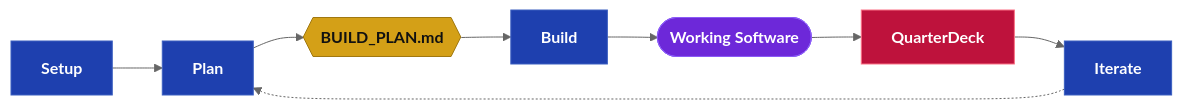
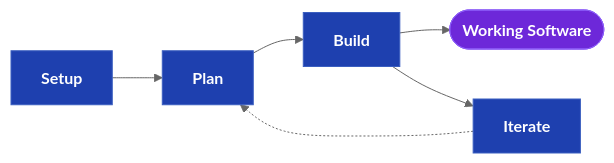
One commit to webcloudstudio/Drydock changed the first of 10 diagrams in docs/Drydock_Specification.md. Above: the diagram before and after it, drawn with Mermaid (neutral theme).

Commit message:
Simplify overview flowchart to four lifecycle phases
Remove BUILD_PLAN.md and QuarterDeck intermediate nodes from the top-level
overview chart. The chart now reads Setup → Plan → Build → Iterate with
Working Software as a direct output of Build and a dotted return from Iterate
to Plan.

````diff
--- a/docs/Drydock_Specification.md
+++ b/docs/Drydock_Specification.md
@@ -67,17 +67,15 @@
 ```mermaid
 flowchart LR
   classDef dir    fill:#0a5c38,stroke:#2cb67d,color:#fff,font-weight:bold
   classDef md     fill:#d4a017,stroke:#a07810,color:#111,font-weight:bold
   classDef script fill:#1e40af,stroke:#3b5fc0,color:#fff,font-weight:bold
   classDef prompt fill:#c2410c,stroke:#ea580c,color:#fff,font-weight:bold
   classDef output fill:#6d28d9,stroke:#8b5cf6,color:#fff,font-weight:bold
   classDef web    fill:#be123c,stroke:#fb7185,color:#fff,font-weight:bold
 
   SETUP["Setup"]:::script --> PLAN["Plan"]:::script
-  PLAN --> BP{{"BUILD_PLAN.md"}}:::md
-  BP --> BUILD["Build"]:::script
+  PLAN --> BUILD["Build"]:::script
   BUILD --> SOFTWARE(["Working Software"]):::output
-  SOFTWARE --> CONSOLE["QuarterDeck"]:::web
-  CONSOLE --> ITERATE["Iterate"]:::script
+  BUILD --> ITERATE["Iterate"]:::script
   ITERATE -.-> PLAN
 ```
````
